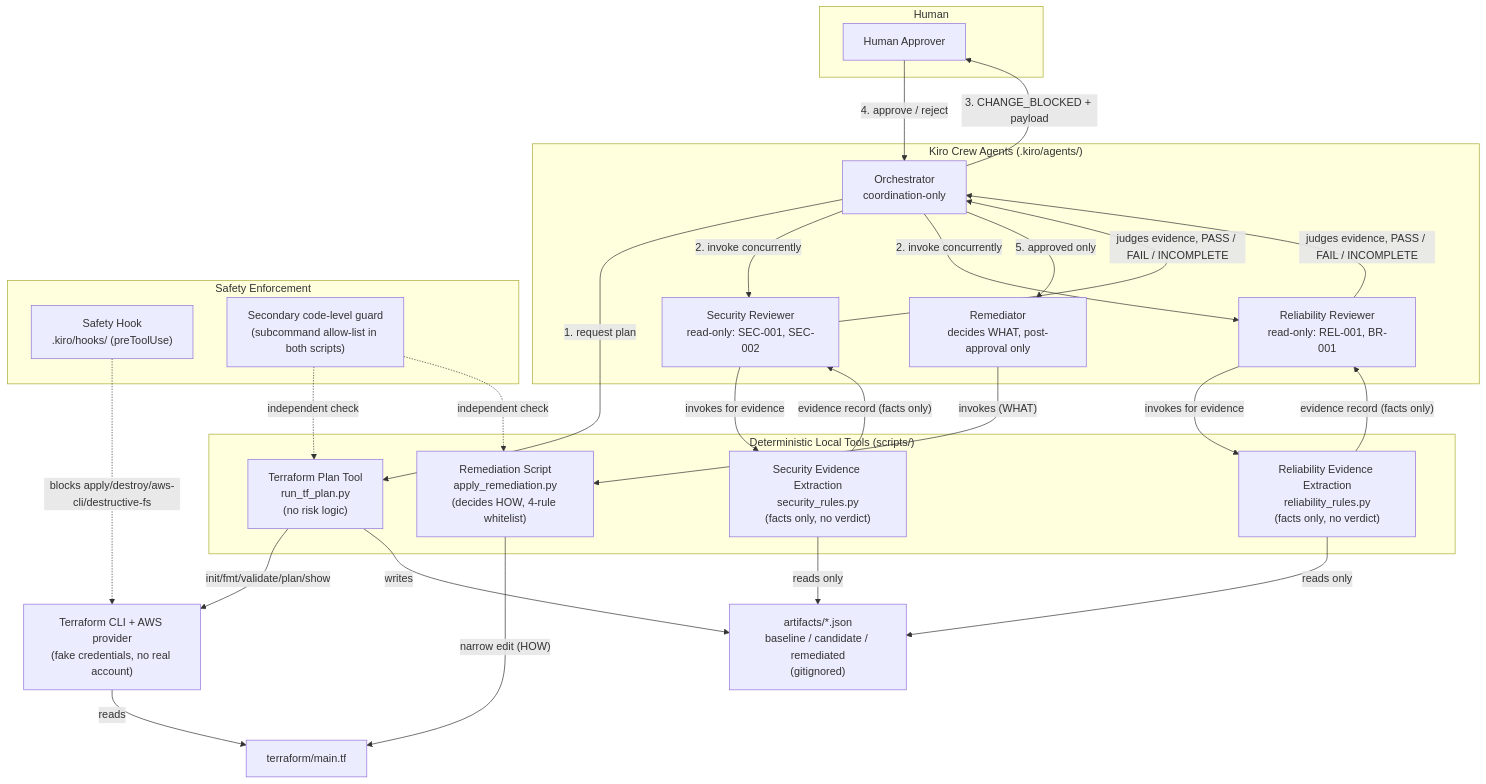
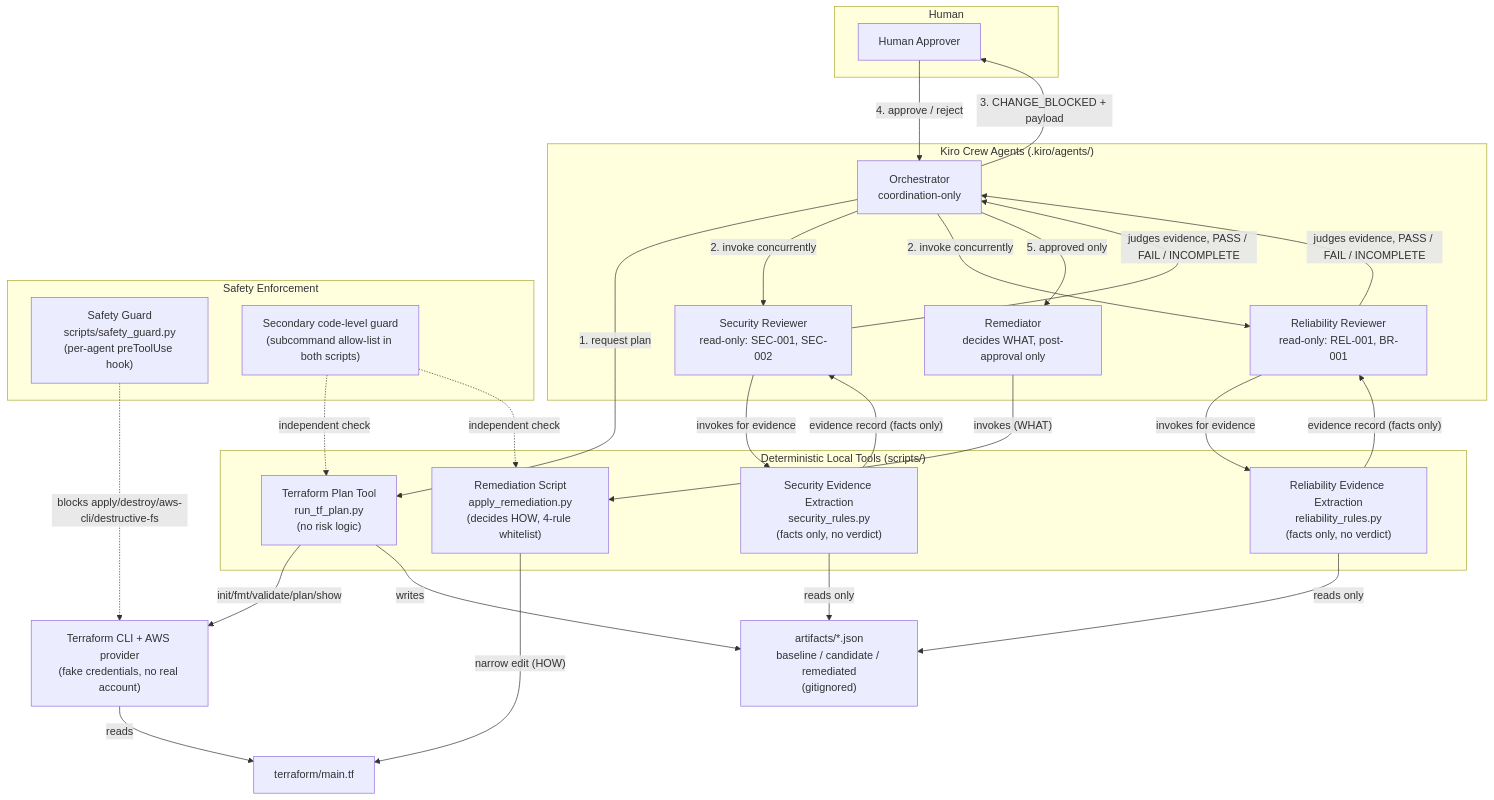
The first of 2 diagrams in .kiro/specs/change-review/design.md (ContardoRM/changeguard-ai), drawn with Mermaid before and after one commit. The commit also changed other lines of this file and 6 other files, not shown here.

Commit message:
feat: add Kiro pre-tool safety guard

````diff
--- a/.kiro/specs/change-review/design.md
+++ b/.kiro/specs/change-review/design.md
@@ -20,55 +20,55 @@
 ```mermaid
 flowchart TB
     subgraph Human["Human"]
         Approver["Human Approver"]
     end
 
     subgraph Crew["Kiro Crew Agents (.kiro/agents/)"]
         Orchestrator["Orchestrator<br/>coordination-only"]
         SecRev["Security Reviewer<br/>read-only: SEC-001, SEC-002"]
         RelRev["Reliability Reviewer<br/>read-only: REL-001, BR-001"]
         Remediator["Remediator<br/>decides WHAT, post-approval only"]
     end
 
     subgraph Tools["Deterministic Local Tools (scripts/)"]
         PlanTool["Terraform Plan Tool<br/>run_tf_plan.py<br/>(no risk logic)"]
         SecEvidence["Security Evidence Extraction<br/>security_rules.py<br/>(facts only, no verdict)"]
         RelEvidence["Reliability Evidence Extraction<br/>reliability_rules.py<br/>(facts only, no verdict)"]
         RemediationScript["Remediation Script<br/>apply_remediation.py<br/>(decides HOW, 4-rule whitelist)"]
     end
 
     subgraph Safety["Safety Enforcement"]
-        Hook["Safety Hook<br/>.kiro/hooks/ (preToolUse)"]
+        Hook["Safety Guard<br/>scripts/safety_guard.py<br/>(per-agent preToolUse hook)"]
         Guard["Secondary code-level guard<br/>(subcommand allow-list in both scripts)"]
     end
 
     TFCLI["Terraform CLI + AWS provider<br/>(fake credentials, no real account)"]
     MainTF["terraform/main.tf"]
     Artifacts["artifacts/*.json<br/>baseline / candidate / remediated<br/>(gitignored)"]
 
     Orchestrator -->|"1. request plan"| PlanTool
     PlanTool -->|"init/fmt/validate/plan/show"| TFCLI
     TFCLI -->|reads| MainTF
     PlanTool -->|writes| Artifacts
 
     Orchestrator -->|"2. invoke concurrently"| SecRev
     Orchestrator -->|"2. invoke concurrently"| RelRev
     SecRev -->|"invokes for evidence"| SecEvidence
     RelRev -->|"invokes for evidence"| RelEvidence
     SecEvidence -->|reads only| Artifacts
     RelEvidence -->|reads only| Artifacts
     SecEvidence -->|"evidence record (facts only)"| SecRev
     RelEvidence -->|"evidence record (facts only)"| RelRev
     SecRev -->|"judges evidence, PASS / FAIL / INCOMPLETE"| Orchestrator
     RelRev -->|"judges evidence, PASS / FAIL / INCOMPLETE"| Orchestrator
 
     Orchestrator -->|"3. CHANGE_BLOCKED + payload"| Approver
     Approver -->|"4. approve / reject"| Orchestrator
     Orchestrator -->|"5. approved only"| Remediator
     Remediator -->|"invokes (WHAT)"| RemediationScript
     RemediationScript -->|"narrow edit (HOW)"| MainTF
 
     Hook -.blocks apply/destroy/aws-cli/destructive-fs.-> TFCLI
     Guard -.independent check.-> PlanTool
     Guard -.independent check.-> RemediationScript
 ```
````
